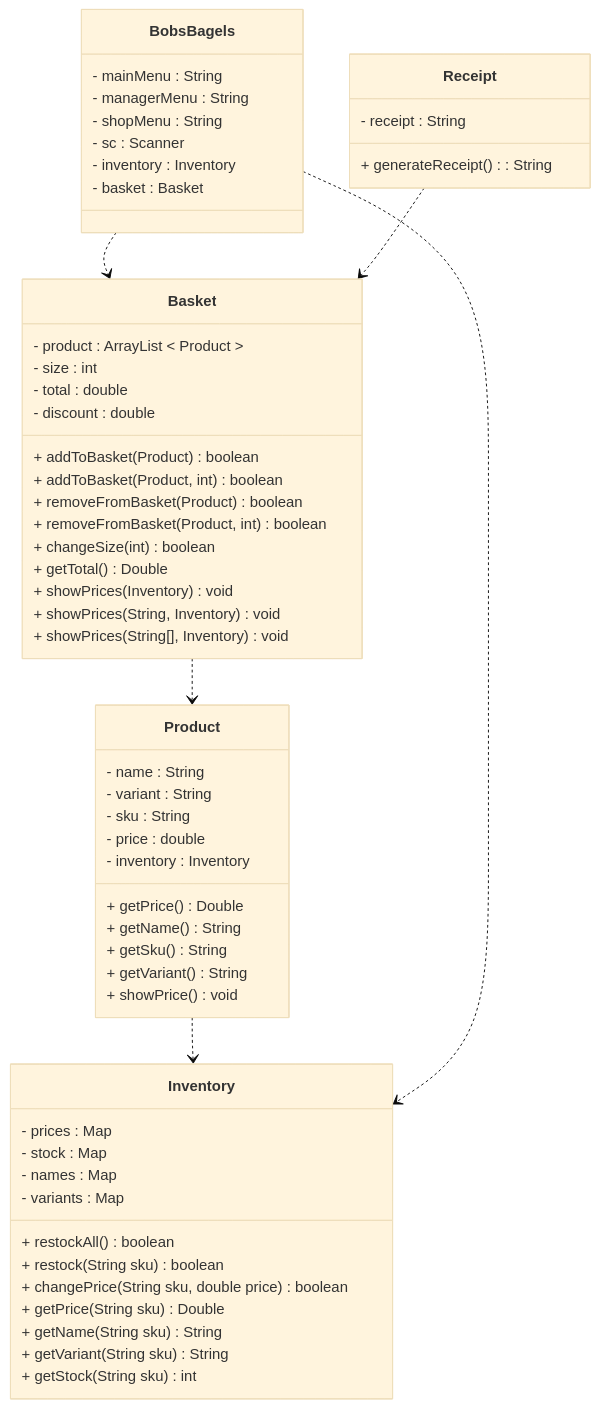
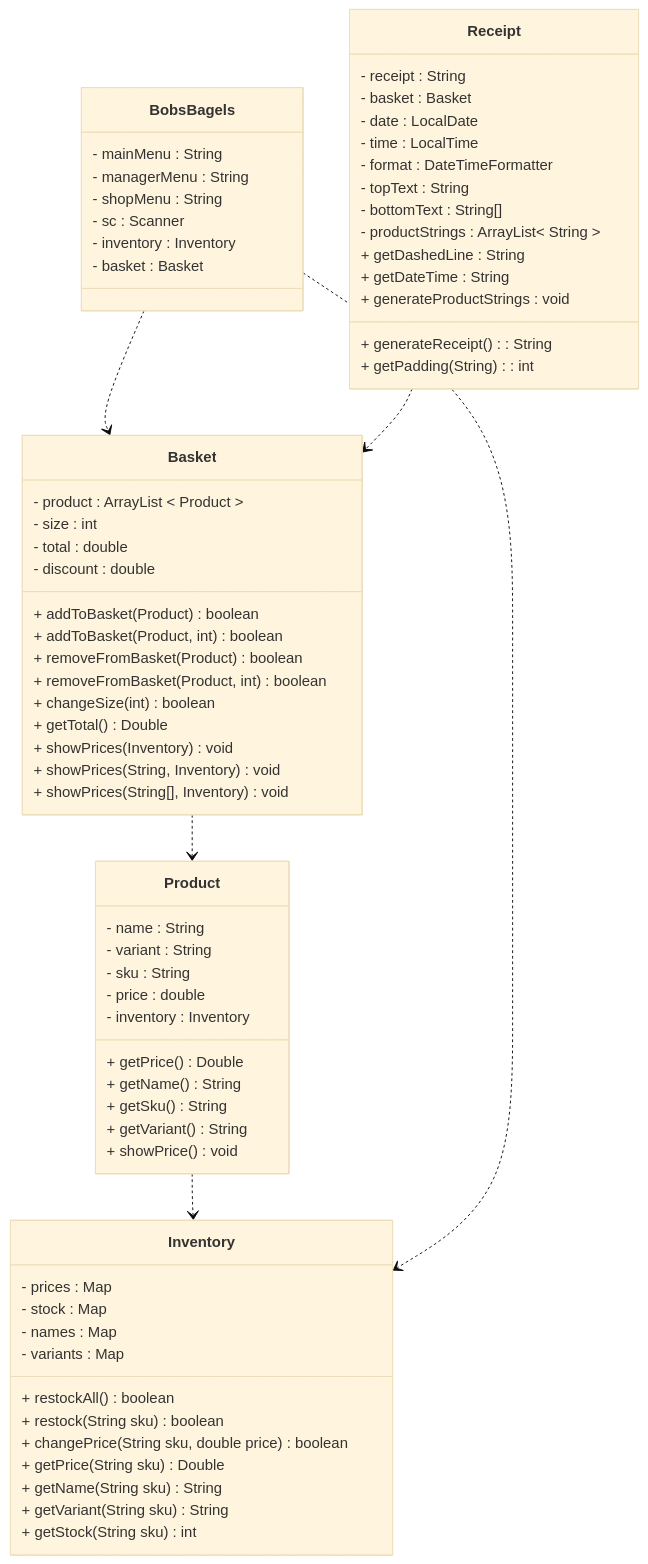
One commit to nora-hansen/java-tdd-oop-bobs-bagels changed the diagram in class-diagram.md. Above: the diagram before and after it, drawn with Mermaid (base theme). The commit also changed 4 other files, not shown here.

`````diff
--- a/class-diagram.md
+++ b/class-diagram.md
@@ -1,60 +1,71 @@
 ````mermaid
 classDiagram
     class Basket{    
         - product : ArrayList < Product >
         - size : int
         - total : double
         - discount : double
         + addToBasket(Product) boolean
         + addToBasket(Product, int) boolean
         + removeFromBasket(Product) boolean
         + removeFromBasket(Product, int) boolean
         + changeSize(int) boolean
         + getTotal() Double
         + showPrices(Inventory) void
         + showPrices(String, Inventory) void
         + showPrices(String[], Inventory) void
         }
     class Product{    
         - name : String
         - variant : String
         - sku : String
         - price : double
         - inventory : Inventory
         + getPrice() Double
         + getName() String
         + getSku() String
         + getVariant() String
         + showPrice() void
         }
     class Inventory{    
         - prices : Map
         - stock : Map
         - names : Map
         - variants : Map
         + restockAll() boolean
         + restock(String sku) boolean
         + changePrice(String sku, double price) boolean
         + getPrice(String sku) Double
         + getName(String sku) String
         + getVariant(String sku) String
         + getStock(String sku) int
         }
     class BobsBagels{
         - mainMenu : String
         - managerMenu : String
         - shopMenu : String
         - sc : Scanner
         - inventory : Inventory
         - basket : Basket
     }
     class Receipt{
         - receipt : String
+        - basket : Basket
+        - date : LocalDate
+        - time : LocalTime
+        - format : DateTimeFormatter
+        - topText : String
+        - bottomText : String[]
+        - productStrings : ArrayList< String >
         + generateReceipt() : String
+        + getPadding(String) : int
+        + getDashedLine : String
+        + getDateTime : String
+        + generateProductStrings : void
     }
     Basket ..> Product
     Product ..> Inventory
     BobsBagels ..> Basket
     BobsBagels ..> Inventory
     Receipt ..> Basket
 ````
`````
